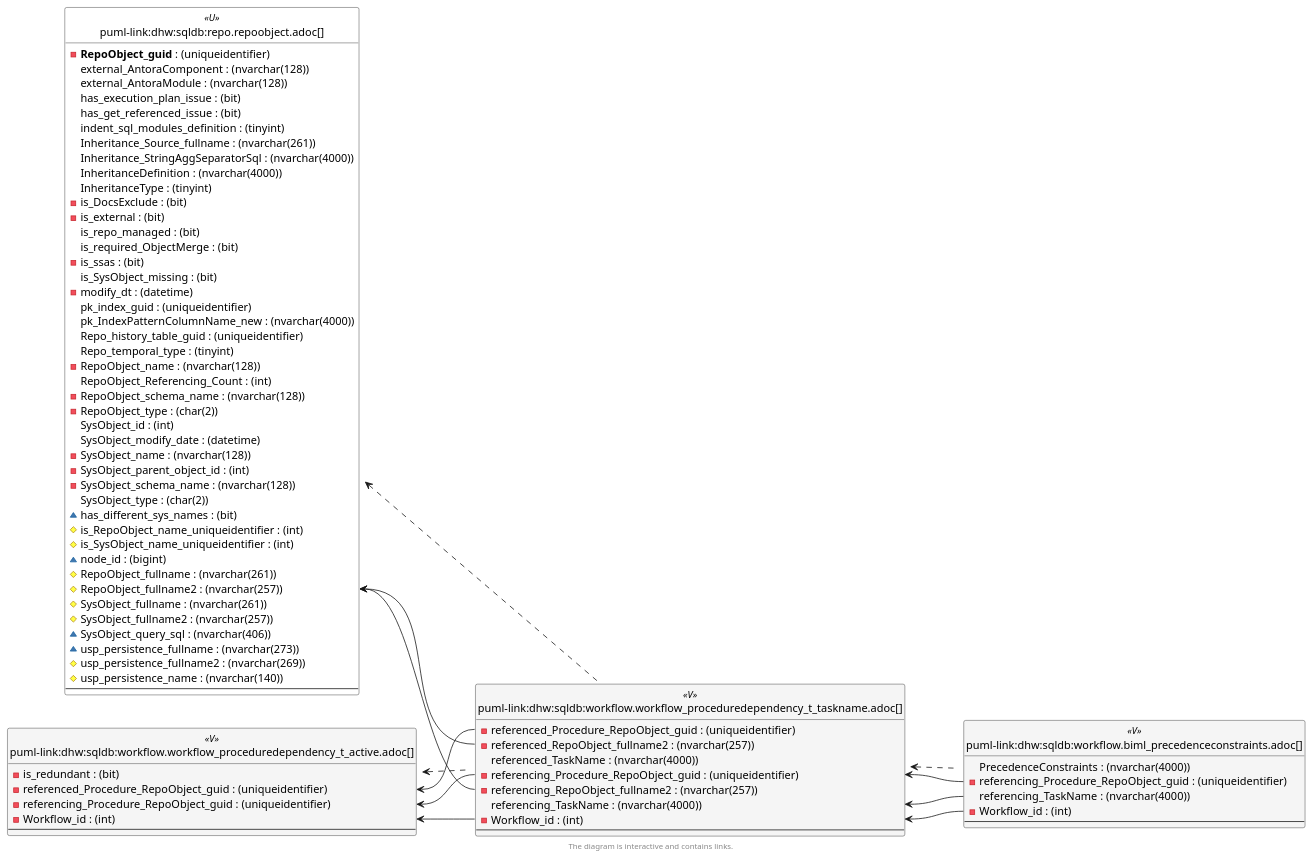
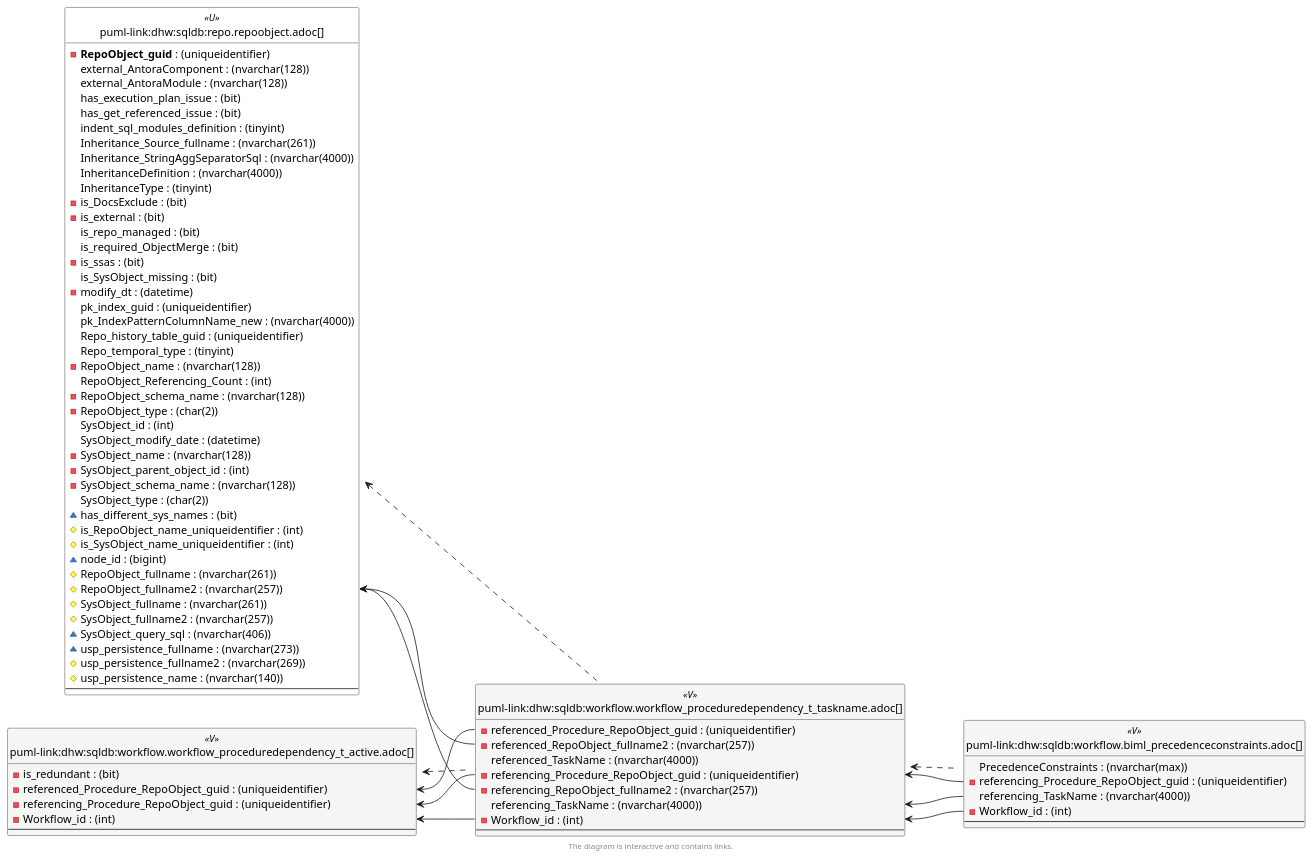
The sixth of 6 diagrams in docs/modules/sqldb/partials/content/workflow.workflow_proceduredependency_t_taskname.adoc (DataHandwerk/dhw-antora-sqldb), drawn with PlantUML before and after one commit. The commit also changed other lines of this file and 701 other files, not shown here.

```diff
--- a/docs/modules/sqldb/partials/content/workflow.workflow_proceduredependency_t_taskname.adoc
+++ b/docs/modules/sqldb/partials/content/workflow.workflow_proceduredependency_t_taskname.adoc
@@ -1794,7 +1795,7 @@
 }
 
 entity "puml-link:dhw:sqldb:workflow.biml_precedenceconstraints.adoc[]" as workflow.Biml_PrecedenceConstraints << V >> {
-  PrecedenceConstraints : (nvarchar(4000))
+  PrecedenceConstraints : (nvarchar(max))
   - referencing_Procedure_RepoObject_guid : (uniqueidentifier)
   referencing_TaskName : (nvarchar(4000))
   - Workflow_id : (int)
```
